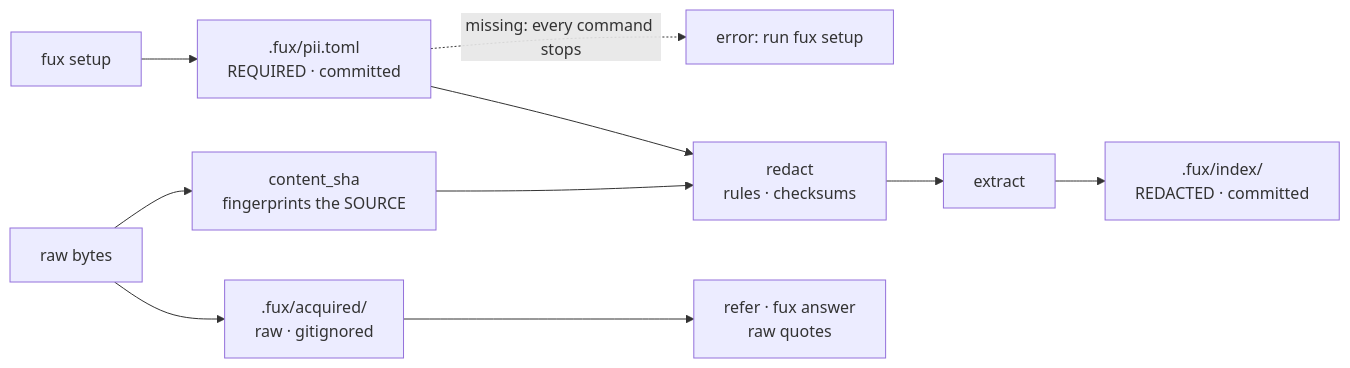
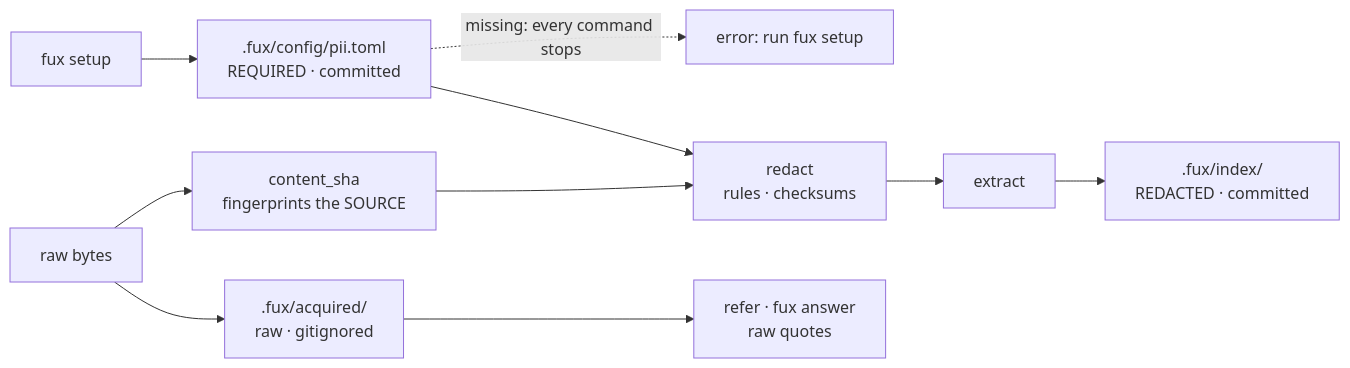
One commit to arpitarya/fux changed the diagram in records/0148_pii.md. Above: the diagram before and after it, drawn with Mermaid. The commit also changed other lines of this file and 442 other files, not shown here.

First line of the commit message:
feat(w295): the eight policy TOMLs move to .fux/config/

````diff
--- a/records/0148_pii.md
+++ b/records/0148_pii.md
@@ -67,12 +67,12 @@
 ```mermaid
 flowchart LR
-    U["fux setup"] --> P[".fux/pii.toml<br/>REQUIRED · committed"]
+    U["fux setup"] --> P[".fux/config/pii.toml<br/>REQUIRED · committed"]
     P -.->|"missing: every command stops"| X["error: run fux setup"]
     P --> R
     B["raw bytes"] --> S["content_sha<br/>fingerprints the SOURCE"]
     S --> R["redact<br/>rules · checksums"]
     R --> E["extract"]
     E --> I[".fux/index/<br/>REDACTED · committed"]
     B --> A[".fux/acquired/<br/>raw · gitignored"]
     A --> Q["refer · fux answer<br/>raw quotes"]
 ```
````
